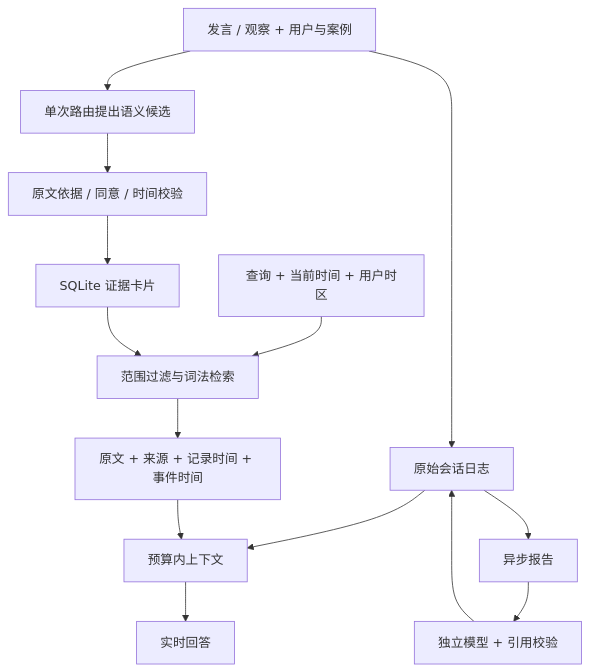
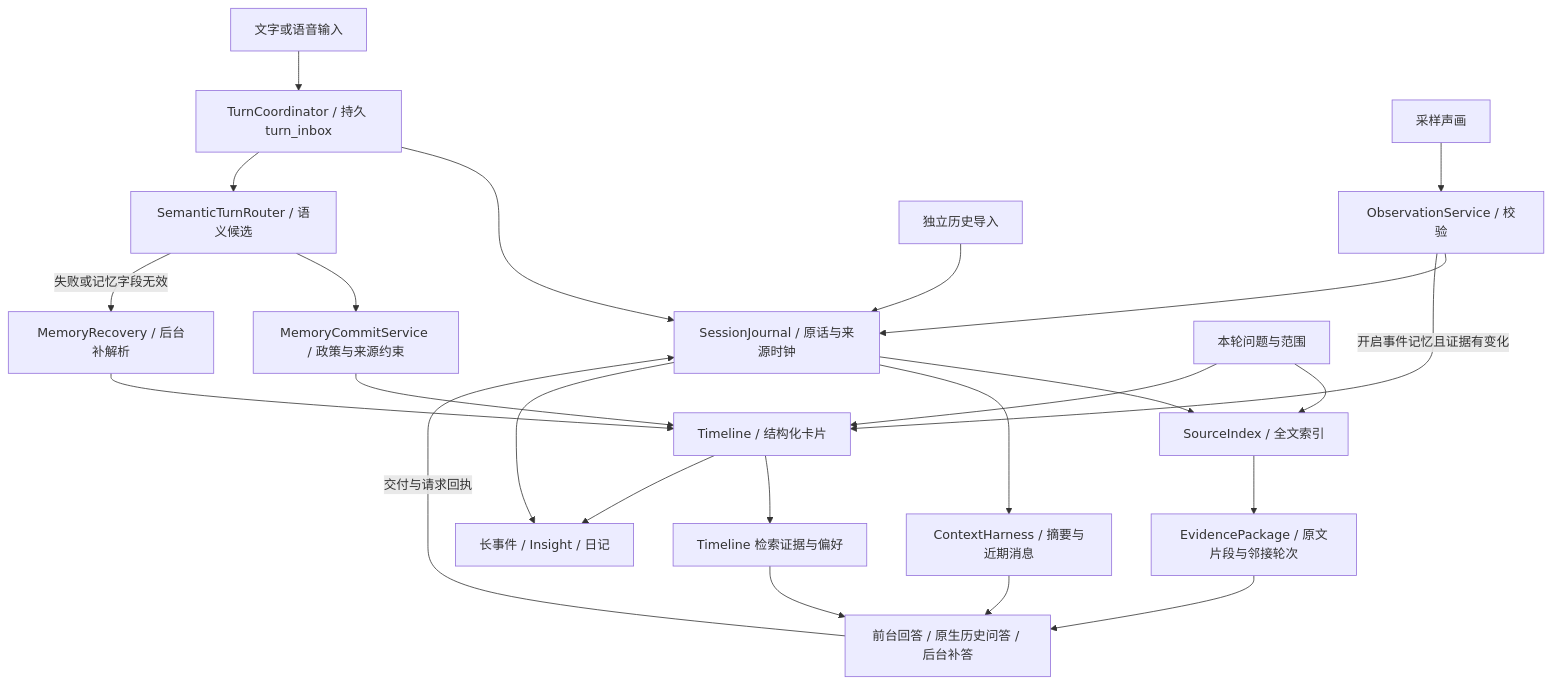
The diagram in MEMORY_ARCHITECTURE.md (bhc6/EgoAssist), drawn with Mermaid before and after one commit. The commit also changed other lines of this file and 281 other files, not shown here.

First line of the commit message:
Update memory evidence, diary and realtime architecture

````diff
--- a/MEMORY_ARCHITECTURE.md
+++ b/MEMORY_ARCHITECTURE.md
@@ -24,16 +22,26 @@
 ```mermaid
 flowchart TD
-    Input[发言 / 观察 + 用户与案例] --> Journal[原始会话日志]
-    Input --> Router[单次路由提出语义候选]
-    Router --> Validate[原文依据 / 同意 / 时间校验]
-    Validate --> Cards[SQLite 证据卡片]
-    Query[查询 + 当前时间 + 用户时区] --> Retrieve[范围过滤与词法检索]
-    Cards --> Retrieve
-    Retrieve --> Evidence[原文 + 来源 + 记录时间 + 事件时间]
-    Journal --> Context[预算内上下文]
-    Evidence --> Context
-    Context --> Answer[实时回答]
-    Journal --> Jobs[异步报告]
-    Jobs --> Report[独立模型 + 引用校验]
-    Report --> Journal
+    U[文字或语音输入] --> T[TurnCoordinator / 持久 turn_inbox]
+    T --> J[SessionJournal / 原话与来源时钟]
+    T --> R[SemanticTurnRouter / 语义候选]
+    R --> C[MemoryCommitService / 政策与来源约束]
+    C --> M[Timeline / 结构化卡片]
+    R -->|失败或记忆字段无效| REC[MemoryRecovery / 后台补解析]
+    REC --> M
+    O[采样声画] --> V[ObservationService / 校验]
+    V --> J
+    V -->|开启事件记忆且证据有变化| M
+    H[独立历史导入] --> J
+    J --> S[SourceIndex / 全文索引]
+    Q[本轮问题与范围] --> S
+    Q --> M
+    S --> P[EvidencePackage / 原文片段与邻接轮次]
+    M --> I[Timeline 检索证据与偏好]
+    J --> X[ContextHarness / 摘要与近期消息]
+    P --> A[前台回答 / 原生历史问答 / 后台补答]
+    I --> A
+    X --> A
+    J --> L[长事件 / Insight / 日记]
+    M --> L
+    A -->|交付与请求回执| J
 ```
````
